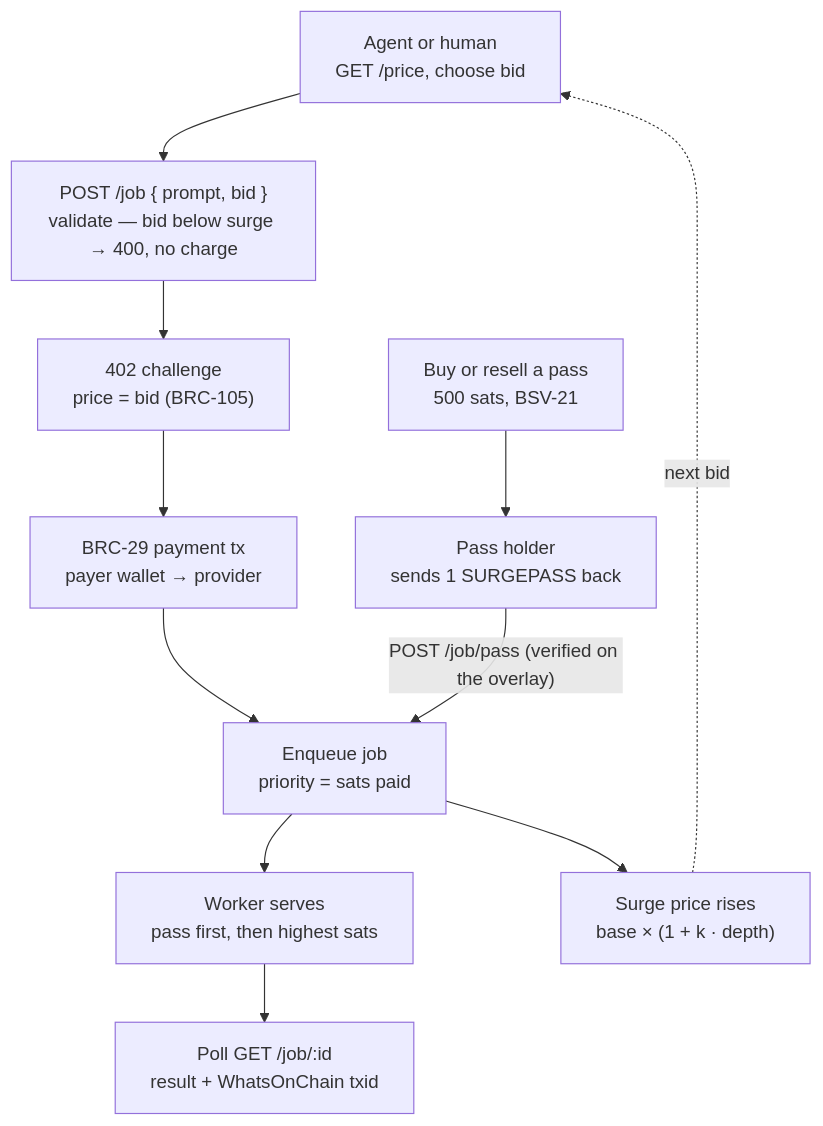
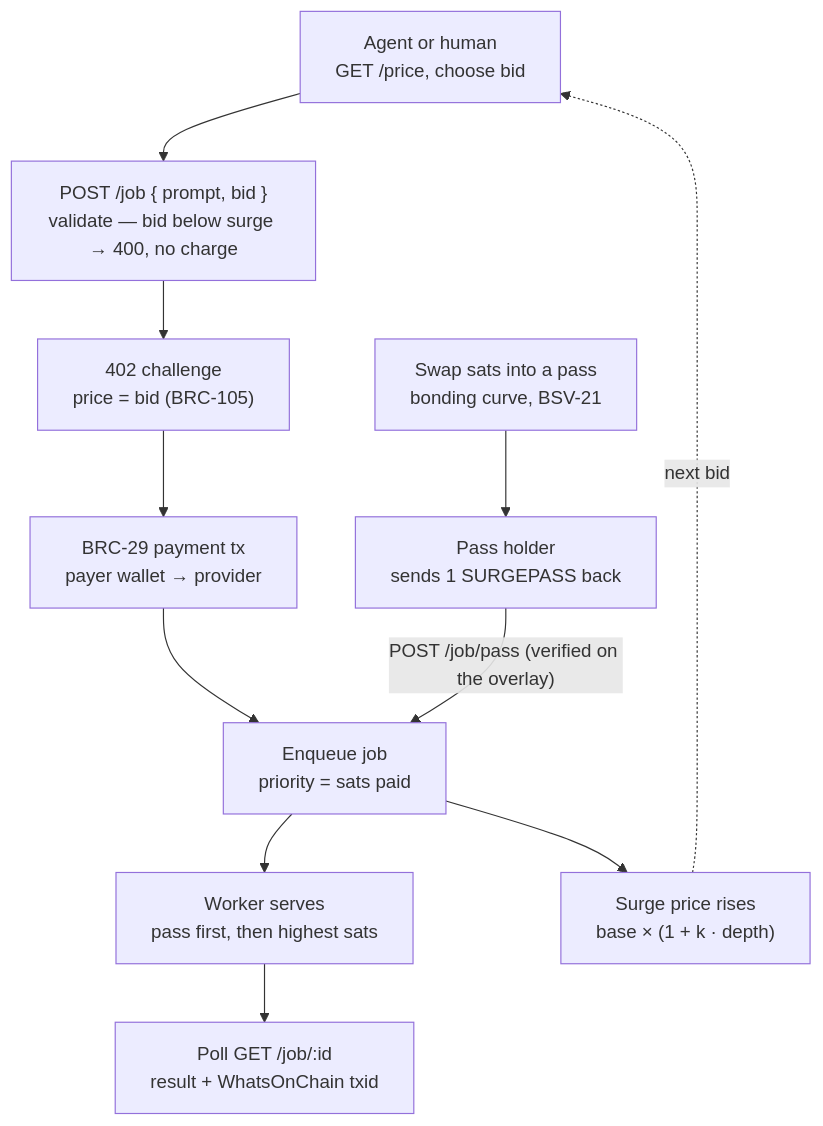
Before and after one commit to abhaysinhchavda/surgeup: the second of 2 diagrams in README.md, drawn with Mermaid. The commit also changed other lines of this file and 13 other files, not shown here.

First line of the commit message:
Add the SURGEPASS bonding-curve swap

````diff
--- a/README.md
+++ b/README.md
@@ -49,14 +49,14 @@
 ```mermaid
 flowchart TB
   A["Agent or human<br/>GET /price, choose bid"] --> B["POST /job { prompt, bid }<br/>validate — bid below surge → 400, no charge"]
   B --> C["402 challenge<br/>price = bid (BRC-105)"]
   C --> D["BRC-29 payment tx<br/>payer wallet → provider"]
   D --> E["Enqueue job<br/>priority = sats paid"]
   E --> F["Worker serves<br/>pass first, then highest sats"]
   F --> G["Poll GET /job/:id<br/>result + WhatsOnChain txid"]
   E --> S["Surge price rises<br/>base × (1 + k · depth)"]
   S -. next bid .-> A
 
-  P1["Buy or resell a pass<br/>500 sats, BSV-21"] --> P2["Pass holder<br/>sends 1 SURGEPASS back"]
+  P1["Swap sats into a pass<br/>bonding curve, BSV-21"] --> P2["Pass holder<br/>sends 1 SURGEPASS back"]
   P2 -- "POST /job/pass (verified on the overlay)" --> E
 ```
````
